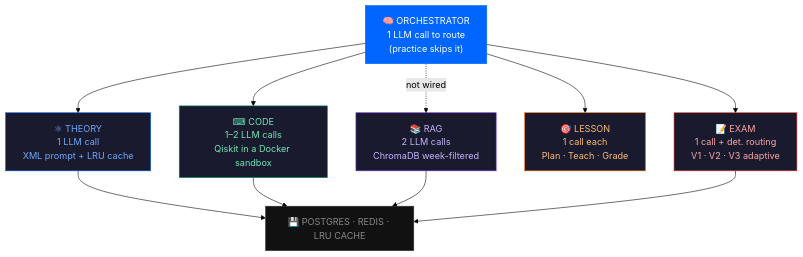
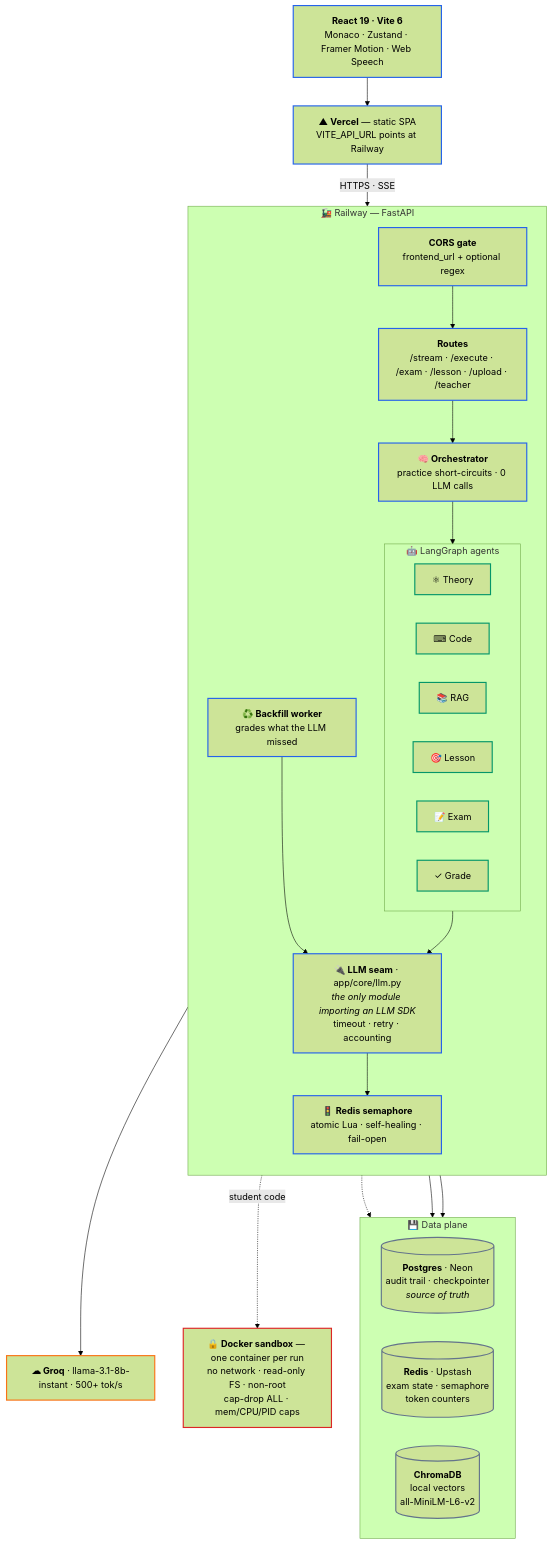
One commit to asfandyar-prog/quantummind changed the first of 3 diagrams in README.md. Above: the diagram before and after it, drawn with Mermaid (forest theme). The commit also changed other lines of this file, not shown here.

````diff
--- a/README.md
+++ b/README.md
@@ -71,23 +77,62 @@
 ```mermaid
-graph TD
-    ORC["🧠 ORCHESTRATOR<br/>1 LLM call to route<br/>(practice skips it)"]
+graph TB
+    UI["<b>React 19 · Vite 6</b><br/>Monaco · Zustand · Framer Motion · Web Speech"]
+    CDN["<b>▲ Vercel</b> — static SPA<br/>VITE_API_URL points at Railway"]
 
-    ORC --> T["⚛ THEORY<br/>1 LLM call<br/>XML prompt + LRU cache"]
-    ORC --> C["⌨ CODE<br/>1–2 LLM calls<br/>Qiskit in a Docker sandbox"]
-    ORC -.->|not wired| R["📚 RAG<br/>2 LLM calls<br/>ChromaDB week-filtered"]
-    ORC --> L["🎯 LESSON<br/>1 call each<br/>Plan · Teach · Grade"]
-    ORC --> E["📝 EXAM<br/>1 call + det. routing<br/>V1 · V2 · V3 adaptive"]
+    subgraph rail[" 🚂 Railway — FastAPI "]
+        direction TB
+        CORS["<b>CORS gate</b><br/>frontend_url + optional regex"]
+        RT["<b>Routes</b><br/>/stream · /execute · /exam · /lesson · /upload · /teacher"]
+        ORC["<b>🧠 Orchestrator</b><br/>practice short-circuits · 0 LLM calls"]
 
-    T --> MEM["💾 POSTGRES · REDIS · LRU CACHE"]
-    C --> MEM
-    R --> MEM
-    E --> MEM
+        subgraph ag[" 🤖 LangGraph agents "]
+            direction LR
+            T["⚛ Theory"]
+            C["⌨ Code"]
+            R["📚 RAG"]
+            L["🎯 Lesson"]
+            E["📝 Exam"]
+            G["✓ Grade"]
+        end
 
-    style ORC fill:#0066FF,color:#fff,stroke:#0066FF
-    style T  fill:#1a1a2e,color:#6ea8fe,stroke:#0066FF
-    style C  fill:#1a1a2e,color:#6ee7b7,stroke:#059669
-    style R  fill:#1a1a2e,color:#c4b5fd,stroke:#7C3AED
-    style L  fill:#1a1a2e,color:#fdba74,stroke:#FF6B00
-    style E  fill:#1a1a2e,color:#fca5a5,stroke:#FF3B30
-    style MEM fill:#111,color:#888,stroke:#333
+        SEAM["<b>🔌 LLM seam</b> · app/core/llm.py<br/><i>the only module importing an LLM SDK</i><br/>timeout · retry · accounting"]
+        LIM["<b>🚦 Redis semaphore</b><br/>atomic Lua · self-healing · fail-open"]
+        BF["<b>♻️ Backfill worker</b><br/>grades what the LLM missed"]
+    end
+
+    subgraph data[" 💾 Data plane "]
+        direction LR
+        PG[("<b>Postgres</b> · Neon<br/>audit trail · checkpointer<br/><i>source of truth</i>")]
+        RD[("<b>Redis</b> · Upstash<br/>exam state · semaphore<br/>token counters")]
+        CH[("<b>ChromaDB</b><br/>local vectors<br/>all-MiniLM-L6-v2")]
+    end
+
+    DK["<b>🔒 Docker sandbox</b> — one container per run<br/>no network · read-only FS · non-root<br/>cap-drop ALL · mem/CPU/PID caps"]
+    GROQ["<b>☁ Groq</b> · llama-3.1-8b-instant · 500+ tok/s"]
+
+    UI --> CDN
+    CDN -->|"HTTPS · SSE"| CORS
+    CORS --> RT
+    RT --> ORC
+    ORC --> ag
+    ag --> SEAM
+    SEAM --> LIM
+    LIM --> GROQ
+    C -.->|"student code"| DK
+    R -.-> CH
+    RT --> data
+    BF --> data
+    BF --> SEAM
+
+    classDef svc   stroke:#2563eb,stroke-width:2px
+    classDef agent stroke:#059669,stroke-width:2px
+    classDef store stroke:#64748b,stroke-width:2px
+    classDef danger stroke:#dc2626,stroke-width:2px
+    classDef ext   stroke:#f97316,stroke-width:2px
+
+    class UI,CDN,CORS,RT,ORC,SEAM,LIM,BF svc
+    class T,C,R,L,E,G agent
+    class PG,RD,CH store
+    class DK danger
+    class GROQ ext
 ```
````
